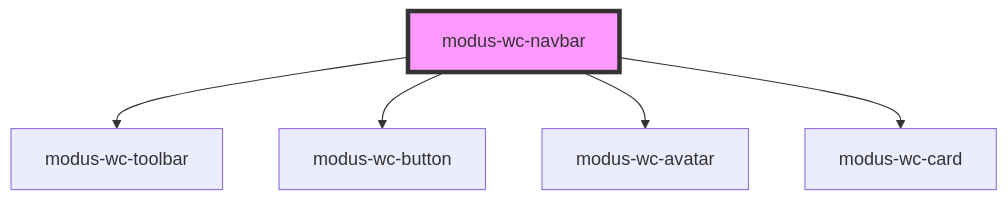
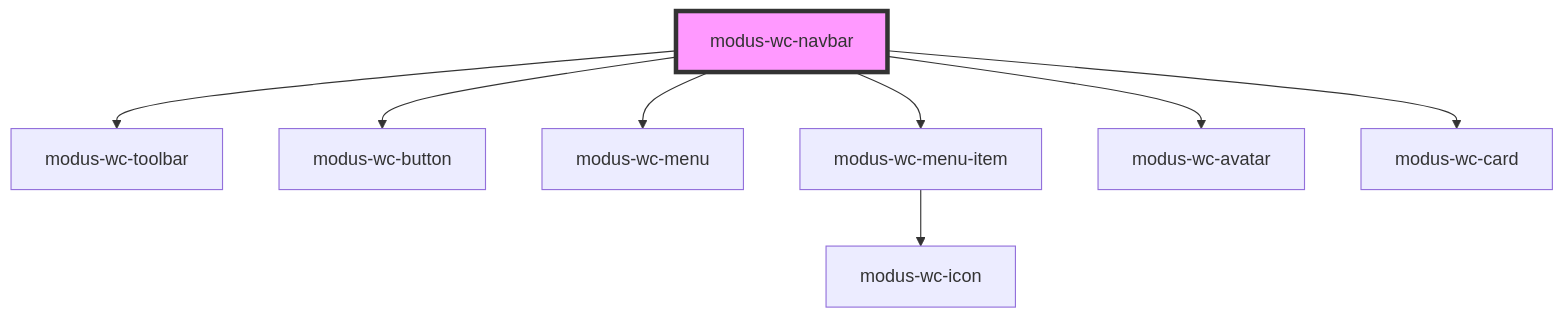
The diagram in src/components/modus-wc-navbar/readme.md (trimble-oss/modus-wc-2.0), drawn with Mermaid before and after one commit. The commit also changed other lines of this file and 11 other files, not shown here.

````diff
--- a/src/components/modus-wc-navbar/readme.md
+++ b/src/components/modus-wc-navbar/readme.md
@@ -43,8 +48,11 @@
 ```mermaid
 graph TD;
   modus-wc-navbar --> modus-wc-toolbar
   modus-wc-navbar --> modus-wc-button
+  modus-wc-navbar --> modus-wc-menu
+  modus-wc-navbar --> modus-wc-menu-item
   modus-wc-navbar --> modus-wc-avatar
   modus-wc-navbar --> modus-wc-card
+  modus-wc-menu-item --> modus-wc-icon
   style modus-wc-navbar fill:#f9f,stroke:#333,stroke-width:4px
 ```
````
